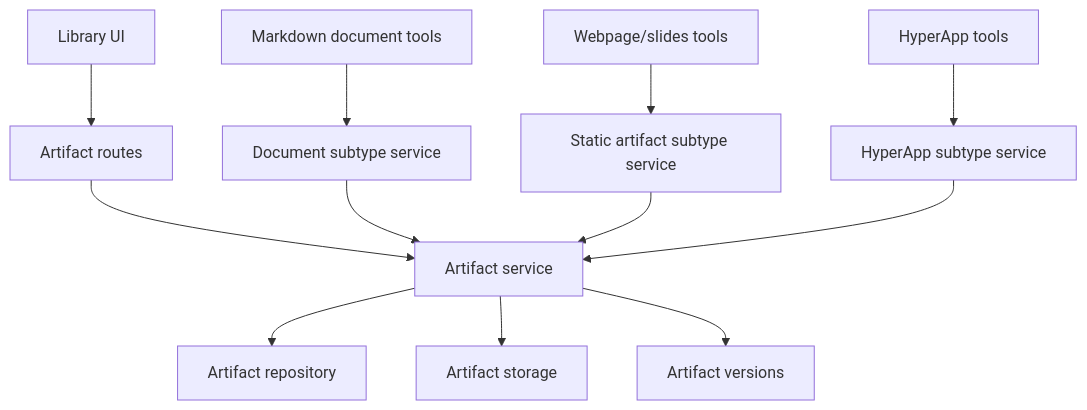
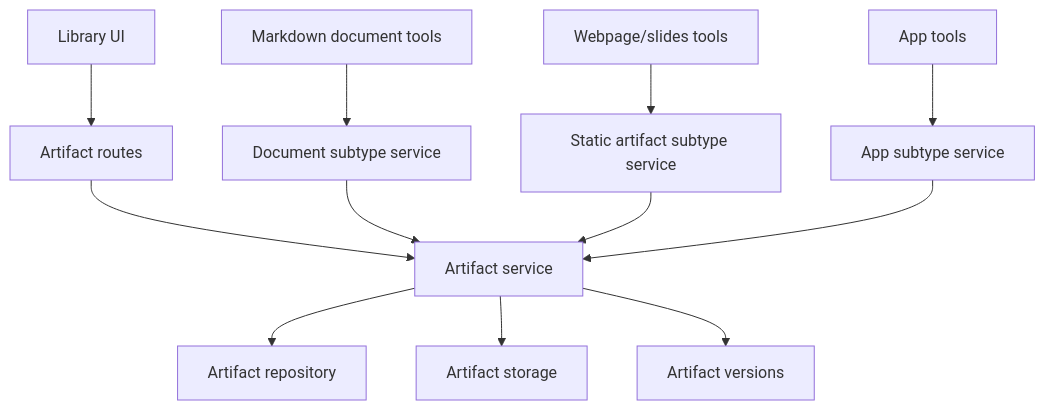
The diagram in docs/specs/_done/2026-06-04-library-artifact-domain-refactor-design.md (gannonh/agentis), drawn with Mermaid before and after one commit. The commit also changed other lines of this file and 7 other files, not shown here.

First line of the commit message:
docs(artifacts): rename HyperApp to App and align V4 specs

````diff
--- a/docs/specs/_done/2026-06-04-library-artifact-domain-refactor-design.md
+++ b/docs/specs/_done/2026-06-04-library-artifact-domain-refactor-design.md
@@ -152,14 +152,14 @@
 ```mermaid
 flowchart TD
   Library[Library UI] --> ArtifactRoutes[Artifact routes]
   ArtifactRoutes --> ArtifactService[Artifact service]
   ArtifactService --> ArtifactRepo[Artifact repository]
   ArtifactService --> ArtifactStorage[Artifact storage]
   ArtifactService --> Versions[Artifact versions]
   DocumentTools[Markdown document tools] --> DocumentService[Document subtype service]
   DocumentService --> ArtifactService
   StaticTools[Webpage/slides tools] --> StaticService[Static artifact subtype service]
   StaticService --> ArtifactService
-  HyperAppTools[HyperApp tools] --> HyperAppService[HyperApp subtype service]
-  HyperAppService --> ArtifactService
+  AppTools[App tools] --> AppService[App subtype service]
+  AppService --> ArtifactService
 ```
````
